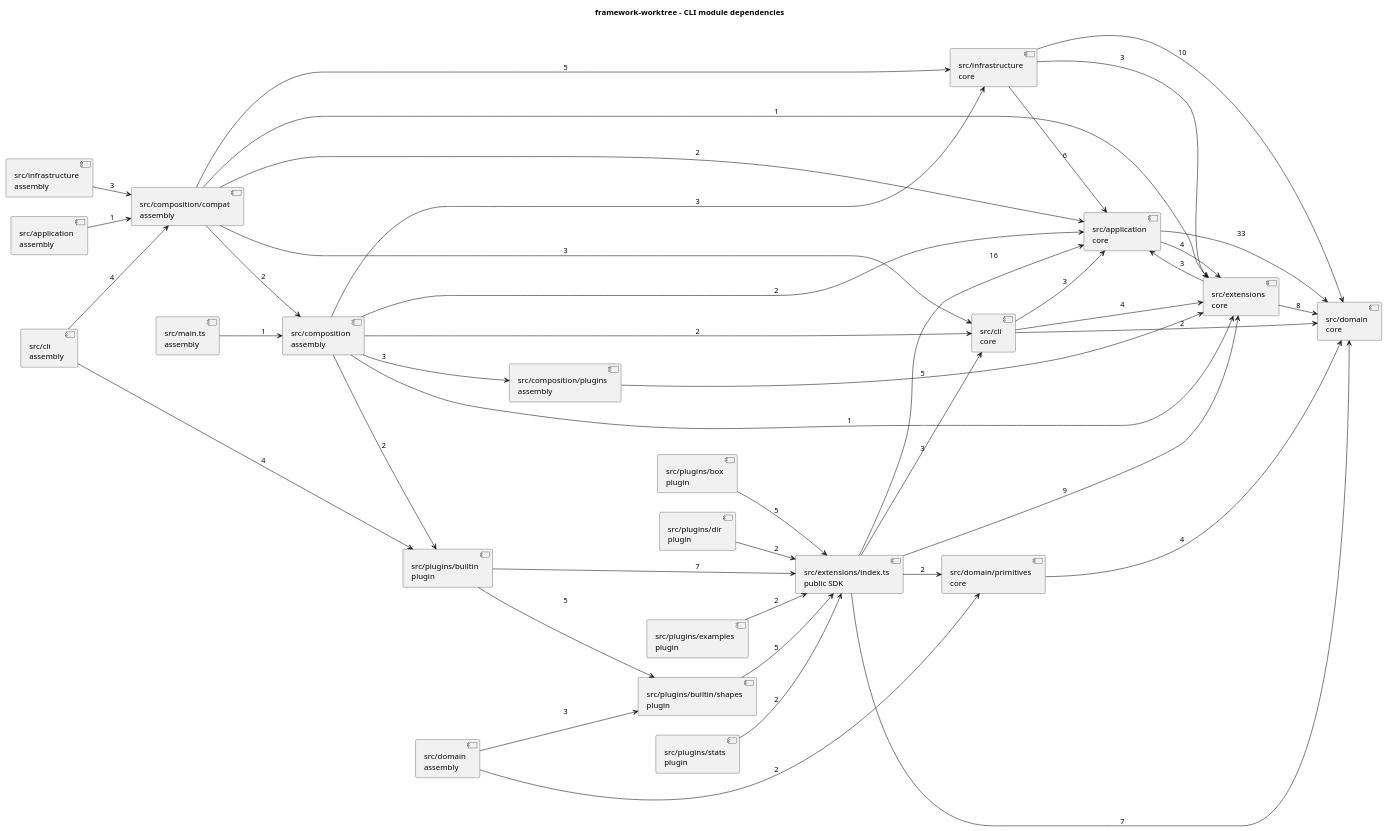
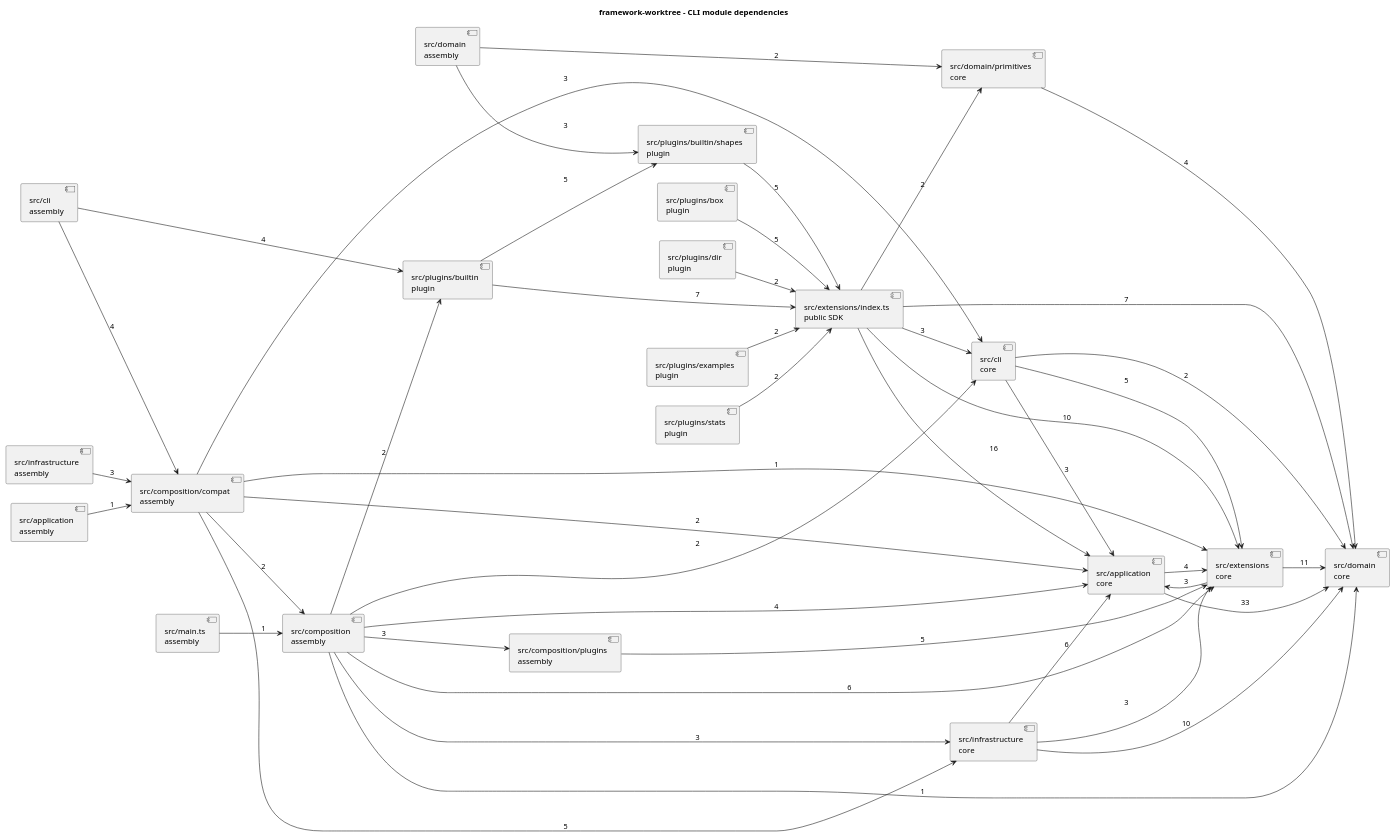
One commit to Fqmmm/SVG-APP changed the diagram in docs/metrics/framework/after.puml. Above: the diagram before and after it, drawn with PlantUML. The commit also changed 16 other files, not shown here.

```diff
--- a/docs/metrics/framework/after.puml
+++ b/docs/metrics/framework/after.puml
@@ -1,67 +1,68 @@
 @startuml
 title framework-worktree - CLI module dependencies
 left to right direction
 component "src/application\ncore" as module0
 component "src/application\nassembly" as module1
 component "src/cli\ncore" as module2
 component "src/cli\nassembly" as module3
 component "src/composition\nassembly" as module4
 component "src/composition/compat\nassembly" as module5
 component "src/composition/plugins\nassembly" as module6
 component "src/domain\ncore" as module7
 component "src/domain\nassembly" as module8
 component "src/domain/primitives\ncore" as module9
 component "src/extensions\ncore" as module10
 component "src/extensions/index.ts\npublic SDK" as module11
 component "src/infrastructure\nassembly" as module12
 component "src/infrastructure\ncore" as module13
 component "src/main.ts\nassembly" as module14
 component "src/plugins/box\nplugin" as module15
 component "src/plugins/builtin\nplugin" as module16
 component "src/plugins/builtin/shapes\nplugin" as module17
 component "src/plugins/dir\nplugin" as module18
 component "src/plugins/examples\nplugin" as module19
 component "src/plugins/stats\nplugin" as module20
 module0 --> module7 : 33
 module0 --> module10 : 4
 module1 --> module5 : 1
 module3 --> module5 : 4
 module3 --> module16 : 4
 module2 --> module0 : 3
-module2 --> module10 : 4
+module2 --> module10 : 5
 module2 --> module7 : 2
+module4 --> module0 : 4
+module4 --> module7 : 1
+module4 --> module10 : 6
 module4 --> module6 : 3
 module5 --> module0 : 2
 module5 --> module4 : 2
 module5 --> module2 : 3
 module5 --> module13 : 5
 module5 --> module10 : 1
-module4 --> module10 : 1
 module4 --> module16 : 2
-module4 --> module0 : 2
 module4 --> module2 : 2
 module4 --> module13 : 3
 module6 --> module10 : 5
 module8 --> module17 : 3
 module8 --> module9 : 2
 module9 --> module7 : 4
-module10 --> module7 : 8
+module10 --> module7 : 11
 module10 --> module0 : 3
 module11 --> module7 : 7
 module11 --> module0 : 16
 module11 --> module2 : 3
-module11 --> module10 : 9
+module11 --> module10 : 10
 module11 --> module9 : 2
 module12 --> module5 : 3
 module13 --> module0 : 6
 module13 --> module7 : 10
 module13 --> module10 : 3
 module14 --> module4 : 1
 module15 --> module11 : 5
 module16 --> module11 : 7
 module16 --> module17 : 5
 module17 --> module11 : 5
 module18 --> module11 : 2
 module19 --> module11 : 2
 module20 --> module11 : 2
 @enduml
```
